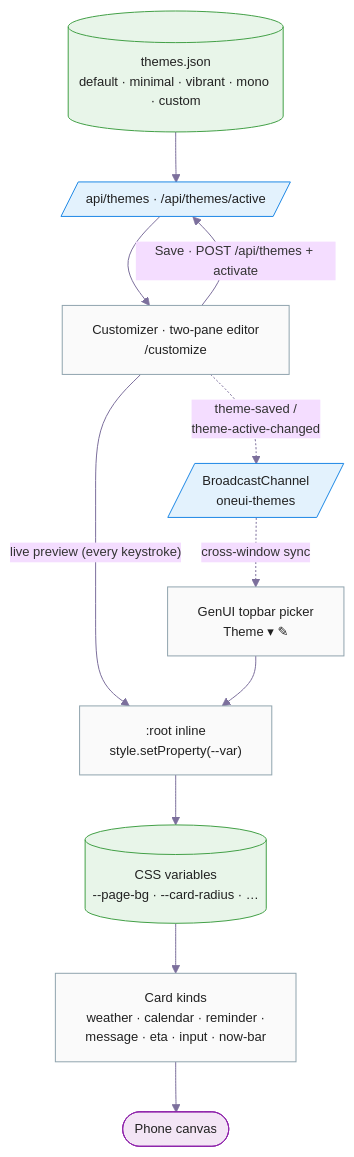
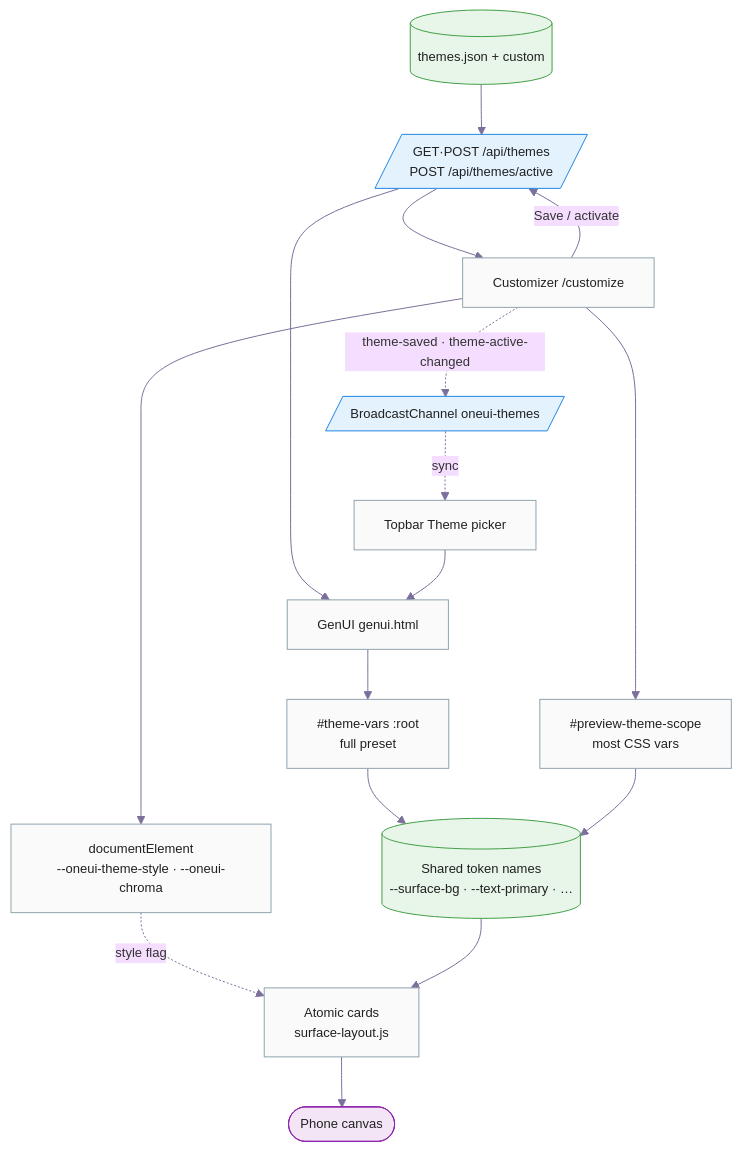
One commit to SooyounJo/sam_genui_05 changed the seventh of 8 diagrams in README.md. Above: the diagram before and after it, drawn with Mermaid. The commit also changed other lines of this file and 4 other files, not shown here.

````diff
--- a/README.md
+++ b/README.md
@@ -363,31 +388,40 @@
 ```mermaid
 %%{init: {'theme':'base', 'themeVariables': {
   'fontFamily':'ui-sans-serif, system-ui, sans-serif',
   'fontSize':'13px',
   'lineColor':'#7C6F9C'
 }}}%%
 flowchart TD
-  themes[(themes.json<br/>default · minimal · vibrant · mono · custom)]:::data
-  api[/api/themes · /api/themes/active/]:::io
-  customize[Customizer · two-pane editor<br/>/customize]:::proc
-  root[":root inline<br/>style.setProperty(--var)"]:::proc
-  vars[(CSS variables<br/>--page-bg · --card-radius · …)]:::data
-  consumer[Card kinds<br/>weather · calendar · reminder ·<br/>message · eta · input · now-bar]:::proc
-  bc[/BroadcastChannel<br/>oneui-themes/]:::io
-  topbar[GenUI topbar picker<br/>Theme ▾ ✎]:::proc
+  themes[(themes.json + custom)]:::data
+  api[/GET·POST /api/themes<br/>POST /api/themes/active/]:::io
+  customize[Customizer /customize]:::proc
+  scope["#preview-theme-scope<br/>most CSS vars"]:::proc
+  rootDoc["documentElement<br/>--oneui-theme-style · --oneui-chroma"]:::proc
+  genui[GenUI genui.html]:::proc
+  rootStyle["#theme-vars :root<br/>full preset"]:::proc
+  vars[(Shared token names<br/>--surface-bg · --text-primary · …)]:::data
+  consumer[Atomic cards<br/>surface-layout.js]:::proc
+  bc[/BroadcastChannel oneui-themes/]:::io
+  picker[Topbar Theme picker]:::proc
   canvas([Phone canvas]):::start
 
   themes --> api
   api --> customize
-  customize -- "live preview (every keystroke)" --> root
-  customize -- "Save · POST /api/themes + activate" --> api
-  customize -. "theme-saved /<br/>theme-active-changed" .-> bc
-  bc -. "cross-window sync" .-> topbar
-  topbar --> root
-  root --> vars --> consumer --> canvas
+  customize --> scope
+  customize --> rootDoc
+  customize -- Save / activate --> api
+  customize -. theme-saved · theme-active-changed .-> bc
+  bc -. sync .-> picker
+  api --> genui
+  genui --> rootStyle
+  rootStyle --> vars
+  scope --> vars
+  rootDoc -. style flag .-> consumer
+  vars --> consumer --> canvas
+  picker --> genui
 
   classDef start fill:#F3E5F5,stroke:#8E24AA,color:#212121
   classDef proc  fill:#FAFAFA,stroke:#90A4AE,color:#212121
   classDef io    fill:#E3F2FD,stroke:#1E88E5,color:#212121
   classDef data  fill:#E8F5E9,stroke:#43A047,color:#212121
 ```
````
